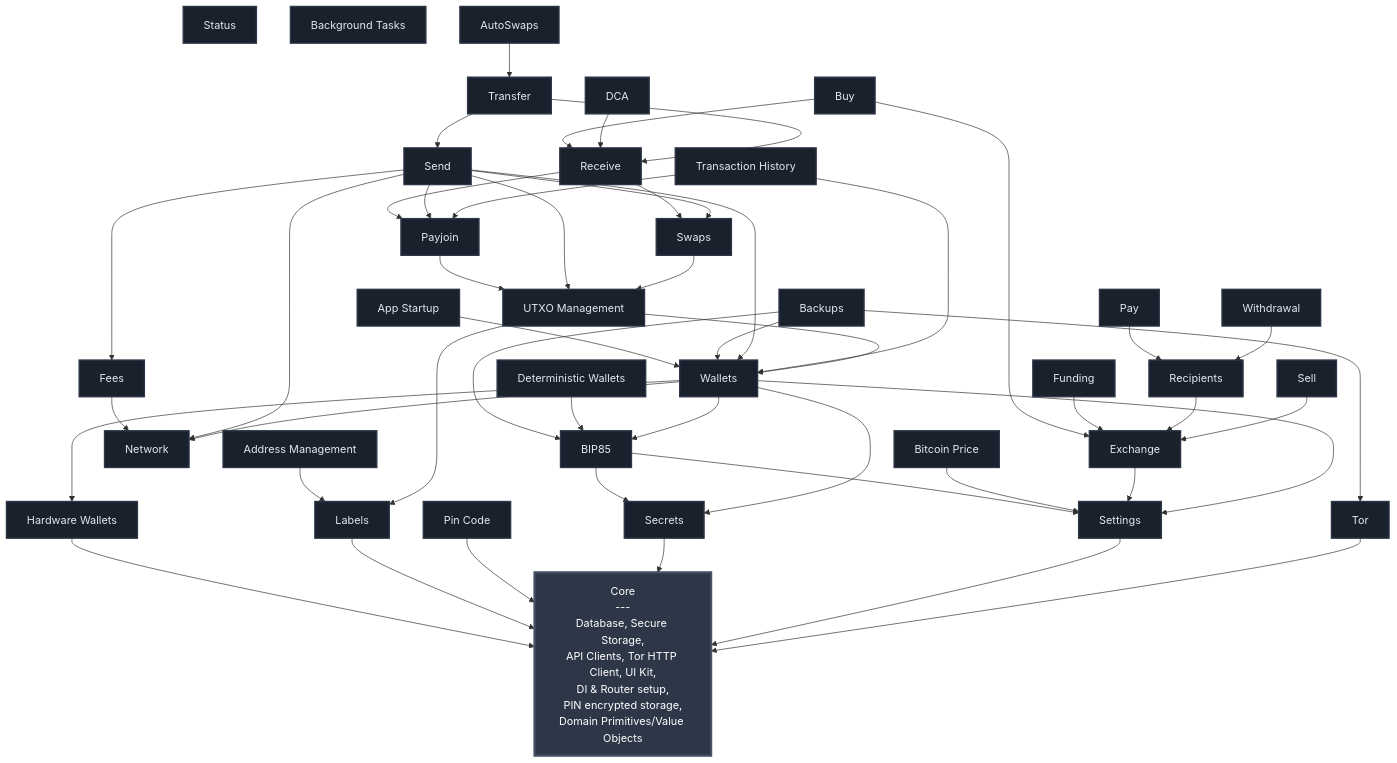
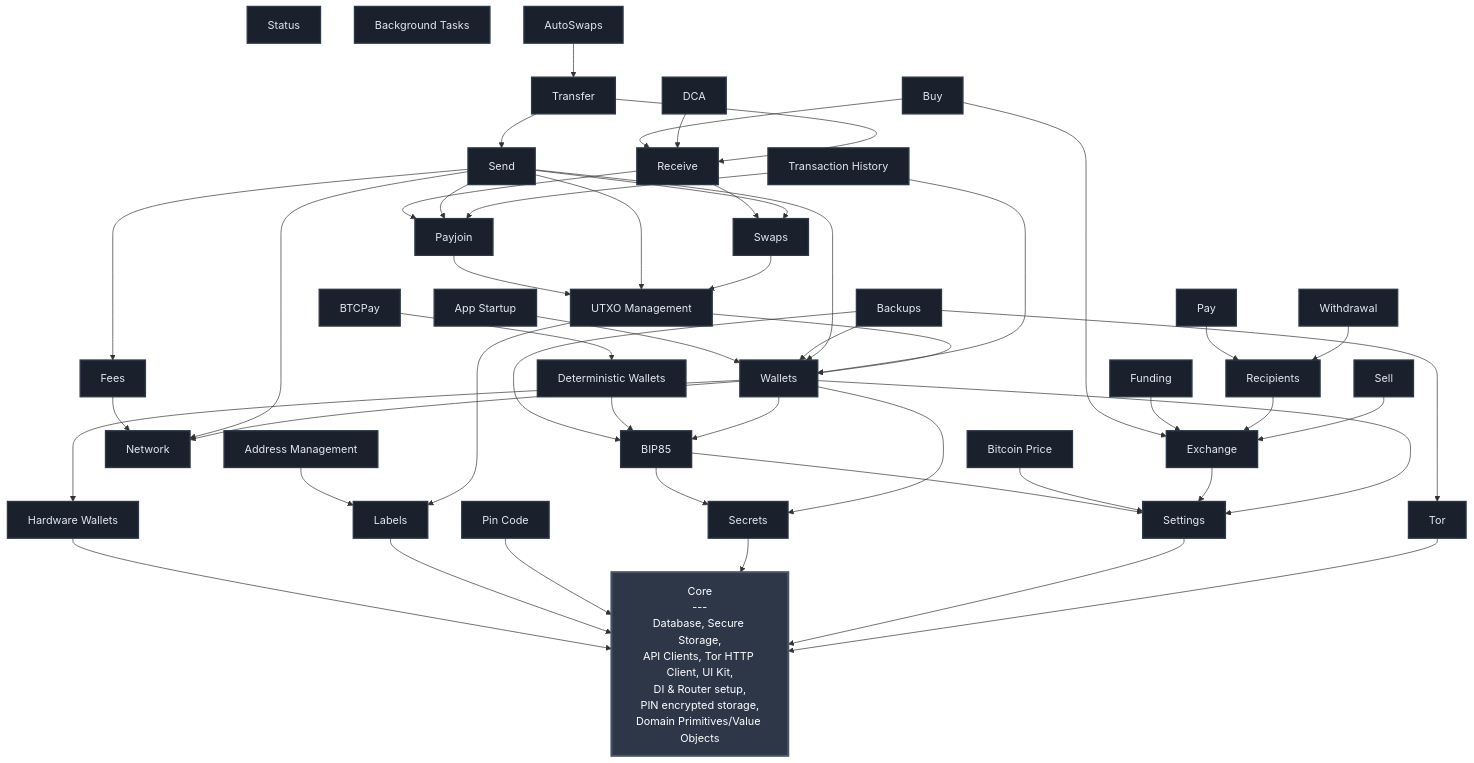
Before and after one commit to BullishNode/bullbitcoin-mobile: the diagram in FEATURES.md, drawn with Mermaid. The commit also changed 16 other files, not shown here.

First line of the commit message:
feat(btcpay): pair samrock with deterministic wallets

````diff
--- a/FEATURES.md
+++ b/FEATURES.md
@@ -19,6 +19,7 @@
     SECRETS[Secrets]
     HW_WALLETS[Hardware Wallets]
     BTC_PRICE[Bitcoin Price]
+    BTCPAY[BTCPay]
     DETERMINISTIC_WALLETS[Deterministic Wallets]
     NETWORK[Network]
     BIP85[BIP85]
@@ -59,6 +60,7 @@
     BACKUPS --> TOR
     BACKUPS --> WALLETS
     BTC_PRICE --> SETTINGS
+    BTCPAY --> DETERMINISTIC_WALLETS
     DETERMINISTIC_WALLETS --> BIP85
     BUY --> EXCHANGE
     BUY --> RECEIVE
@@ -103,5 +105,5 @@
     classDef featureStyle fill:#1a202c,stroke:#2d3748,stroke-width:2px,color:#e2e8f0
 
     class CORE coreStyle
-    class SETTINGS,TOR,PIN_CODE,LABELS,SECRETS,HW_WALLETS,BTC_PRICE,DETERMINISTIC_WALLETS,NETWORK,BIP85,FEES,WALLETS,EXCHANGE,APP_STARTUP,UTXO_MGMT,ADDRESS_MGMT,RECIPIENTS,FUNDING,BACKUPS,SWAPS,PAYJOIN,WITHDRAWAL,STATUS,SEND,RECEIVE,TRANSFER,TX_HISTORY,BG_TASKS,AUTOSWAPS,DCA,SELL,PAY,BUY featureStyle
+    class SETTINGS,TOR,PIN_CODE,LABELS,SECRETS,HW_WALLETS,BTC_PRICE,BTCPAY,DETERMINISTIC_WALLETS,NETWORK,BIP85,FEES,WALLETS,EXCHANGE,APP_STARTUP,UTXO_MGMT,ADDRESS_MGMT,RECIPIENTS,FUNDING,BACKUPS,SWAPS,PAYJOIN,WITHDRAWAL,STATUS,SEND,RECEIVE,TRANSFER,TX_HISTORY,BG_TASKS,AUTOSWAPS,DCA,SELL,PAY,BUY featureStyle
 ```
````
